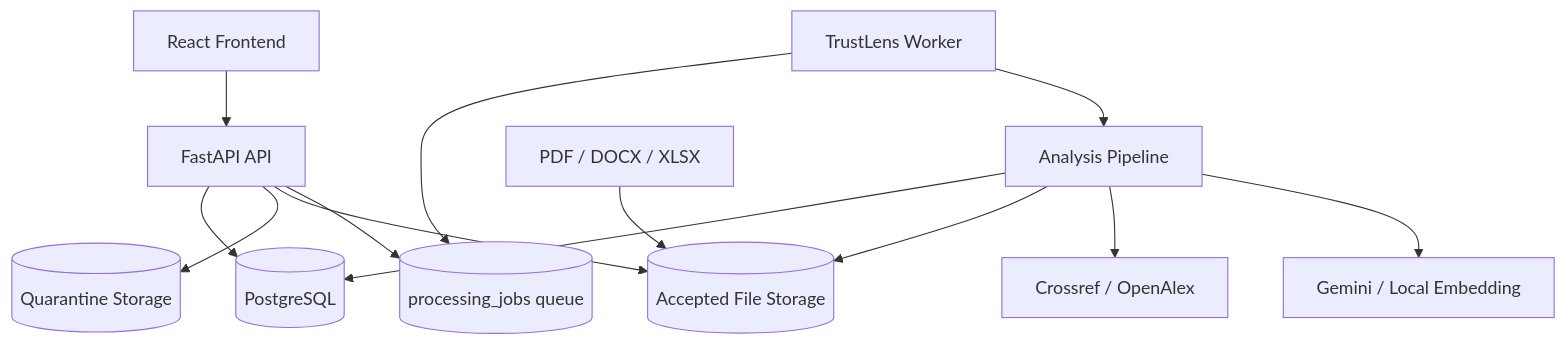
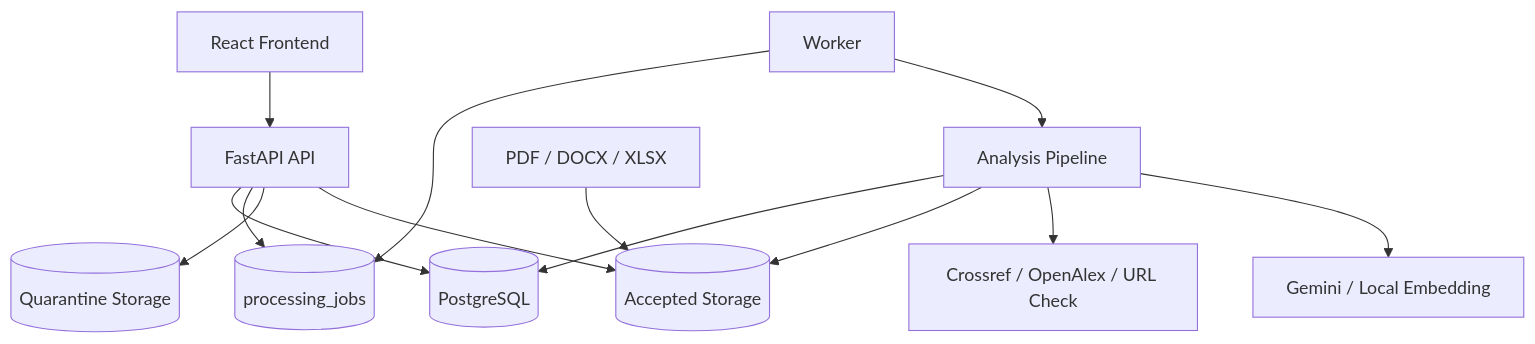
Before and after one commit to Sam-PTSang-040728/TrustLens: the diagram in docs/v1.2/architecture/Architecture.md, drawn with Mermaid. The commit also changed other lines of this file and 21 other files, not shown here.

````diff
--- a/docs/v1.2/architecture/Architecture.md
+++ b/docs/v1.2/architecture/Architecture.md
@@ -152,27 +13,27 @@
 ```mermaid
 flowchart TB
-    Browser[React Frontend]
+    UI[React Frontend]
     API[FastAPI API]
-    Queue[(processing_jobs queue)]
-    Worker[TrustLens Worker]
+    DB[(PostgreSQL)]
+    Queue[(processing_jobs)]
+    Worker[Worker]
     Pipeline[Analysis Pipeline]
-    DB[(PostgreSQL)]
     Quarantine[(Quarantine Storage)]
-    Accepted[(Accepted File Storage)]
-    Metadata[Crossref / OpenAlex]
+    Accepted[(Accepted Storage)]
+    Metadata[Crossref / OpenAlex / URL Check]
     Embedding[Gemini / Local Embedding]
     Export[PDF / DOCX / XLSX]
 
-    Browser --> API
+    UI --> API
     API --> DB
+    API --> Queue
     API --> Quarantine
     API --> Accepted
-    API --> Queue
     Worker --> Queue
     Worker --> Pipeline
     Pipeline --> DB
     Pipeline --> Accepted
     Pipeline --> Metadata
     Pipeline --> Embedding
     Export --> Accepted
 ```
````
